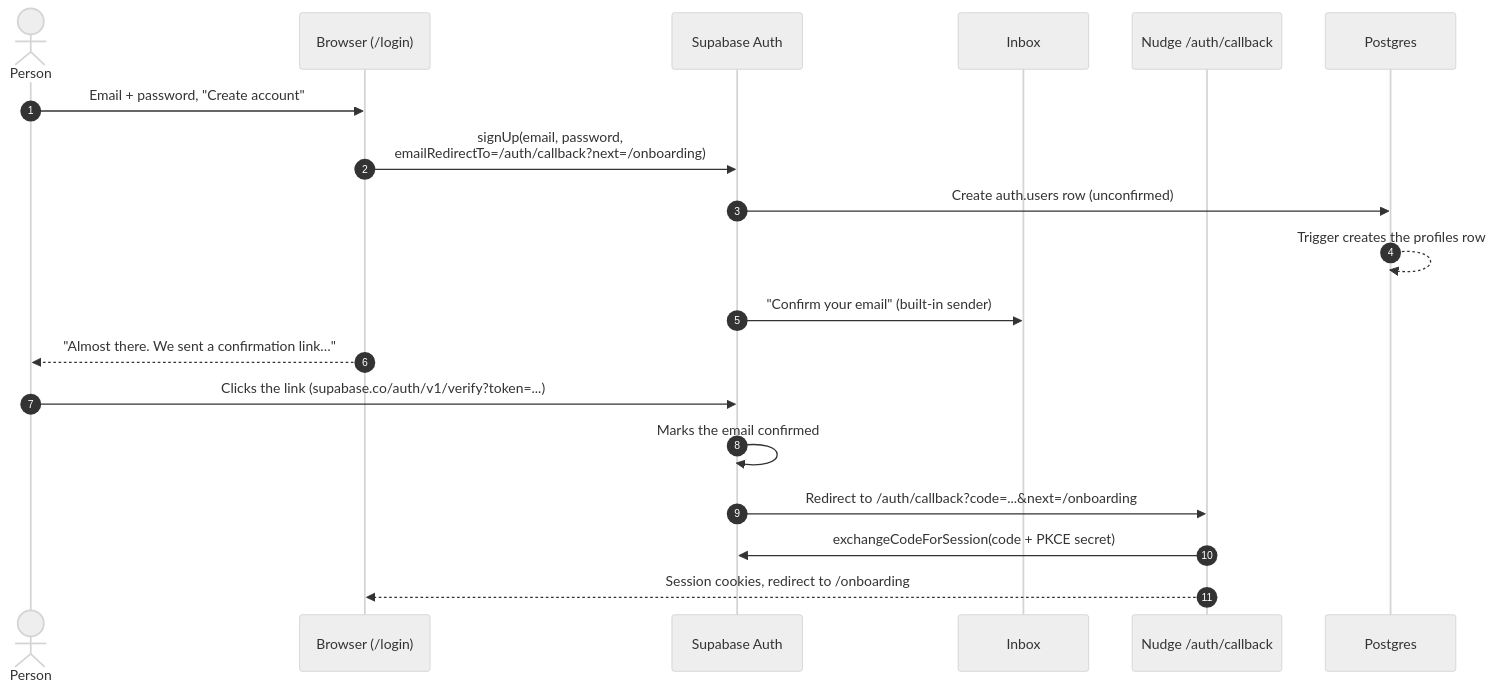
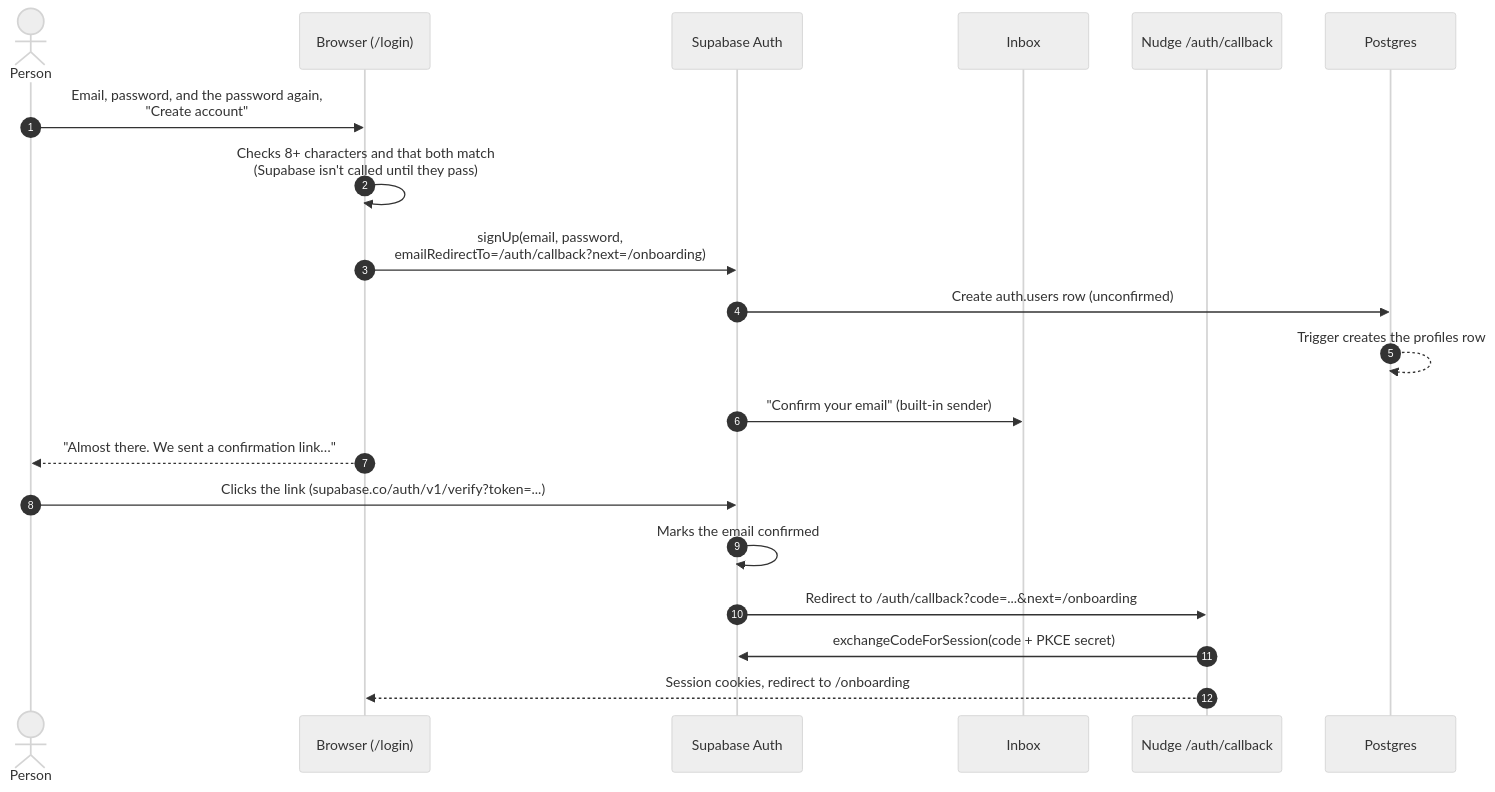
The third of 3 diagrams in docs/AUTH.md (Jrnlk/nudge), drawn with Mermaid (neutral theme) before and after one commit. The commit also changed other lines of this file and 3 other files, not shown here.

````diff
--- a/docs/AUTH.md
+++ b/docs/AUTH.md
@@ -142,22 +142,23 @@
 ```mermaid
 sequenceDiagram
   autonumber
   actor U as Person
   participant B as Browser (/login)
   participant SA as Supabase Auth
   participant E as Inbox
   participant N as Nudge /auth/callback
   participant DB as Postgres
 
-  U->>B: Email + password, "Create account"
+  U->>B: Email, password, and the password again,<br/>"Create account"
+  B->>B: Checks 8+ characters and that both match<br/>(Supabase isn't called until they pass)
   B->>SA: signUp(email, password,<br/>emailRedirectTo=/auth/callback?next=/onboarding)
   SA->>DB: Create auth.users row (unconfirmed)
   DB-->>DB: Trigger creates the profiles row
   SA->>E: "Confirm your email" (built-in sender)
   B-->>U: "Almost there. We sent a confirmation link…"
   U->>SA: Clicks the link (supabase.co/auth/v1/verify?token=...)
   SA->>SA: Marks the email confirmed
   SA->>N: Redirect to /auth/callback?code=...&next=/onboarding
   N->>SA: exchangeCodeForSession(code + PKCE secret)
   N-->>B: Session cookies, redirect to /onboarding
 ```
````
